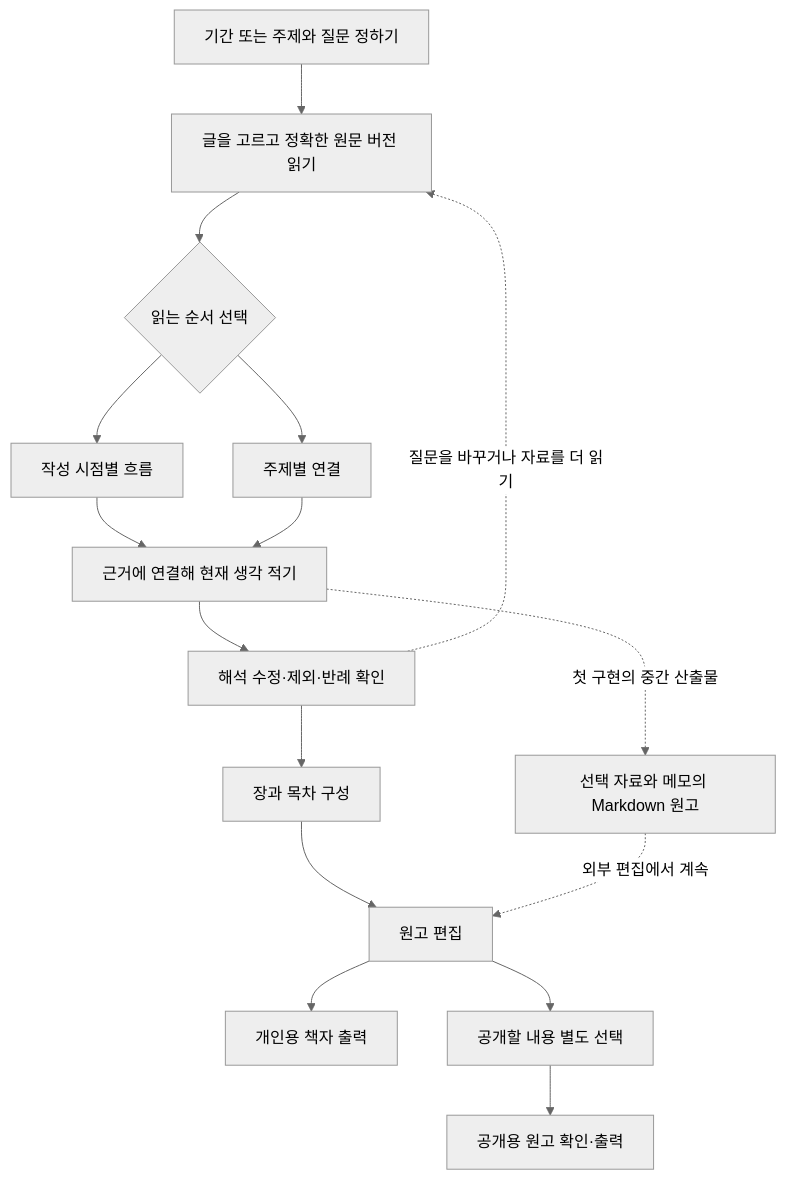
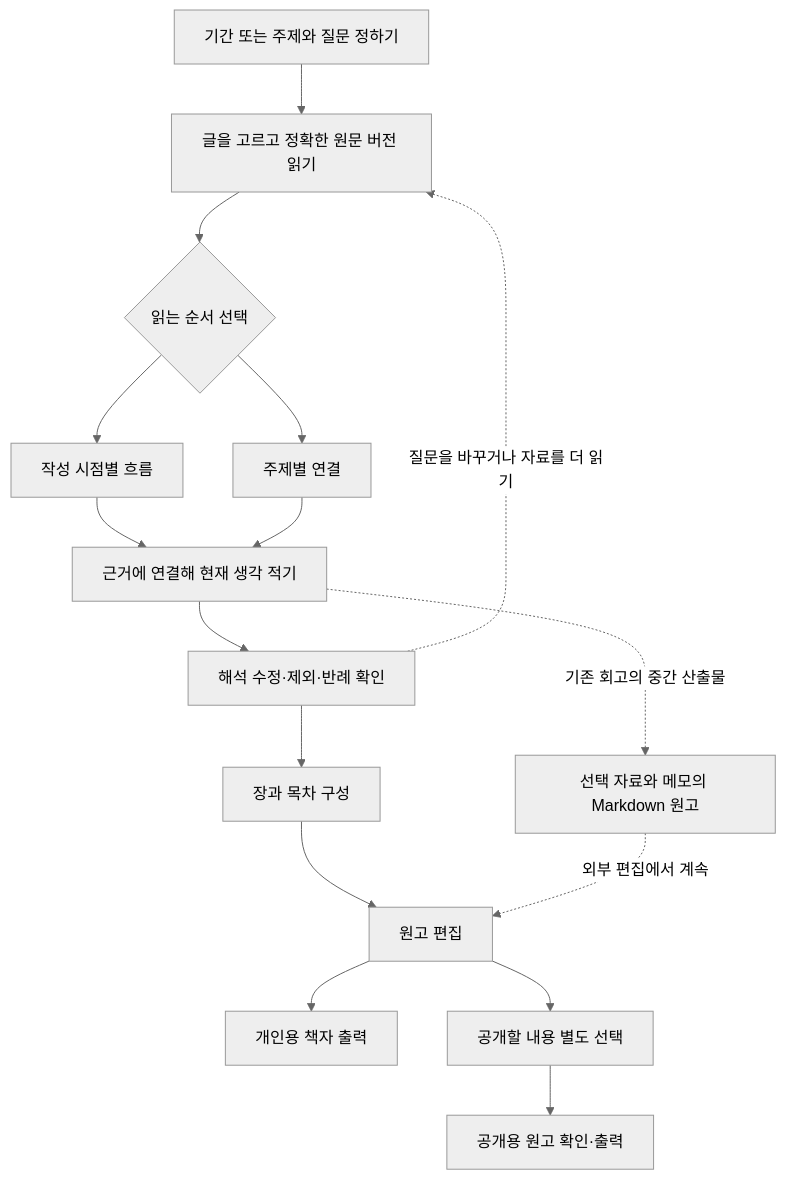
Before and after one commit to wonchance-art/life-haedo: the diagram in docs/life-tools-design/reflection-book.md, drawn with Mermaid (neutral theme). The commit also changed other lines of this file and 26 other files, not shown here.

````diff
--- a/docs/life-tools-design/reflection-book.md
+++ b/docs/life-tools-design/reflection-book.md
@@ -13,18 +13,18 @@
 ```mermaid
 flowchart TD
     A[기간 또는 주제와 질문 정하기] --> B[글을 고르고 정확한 원문 버전 읽기]
     B --> C{읽는 순서 선택}
     C --> D[작성 시점별 흐름]
     C --> E[주제별 연결]
     D --> F[근거에 연결해 현재 생각 적기]
     E --> F
     F --> G[해석 수정·제외·반례 확인]
     G --> H[장과 목차 구성]
     H --> I[원고 편집]
     I --> J[개인용 책자 출력]
     I --> K[공개할 내용 별도 선택]
     K --> L[공개용 원고 확인·출력]
-    F -. 첫 구현의 중간 산출물 .-> M[선택 자료와 메모의 Markdown 원고]
+    F -. 기존 회고의 중간 산출물 .-> M[선택 자료와 메모의 Markdown 원고]
     M -. 외부 편집에서 계속 .-> I
     G -. 질문을 바꾸거나 자료를 더 읽기 .-> B
 ```
````
